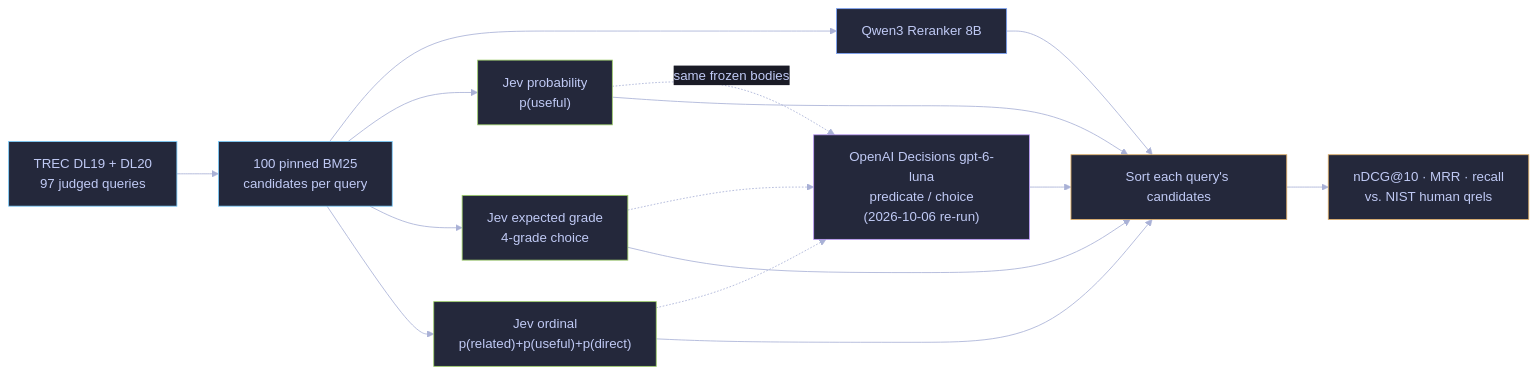
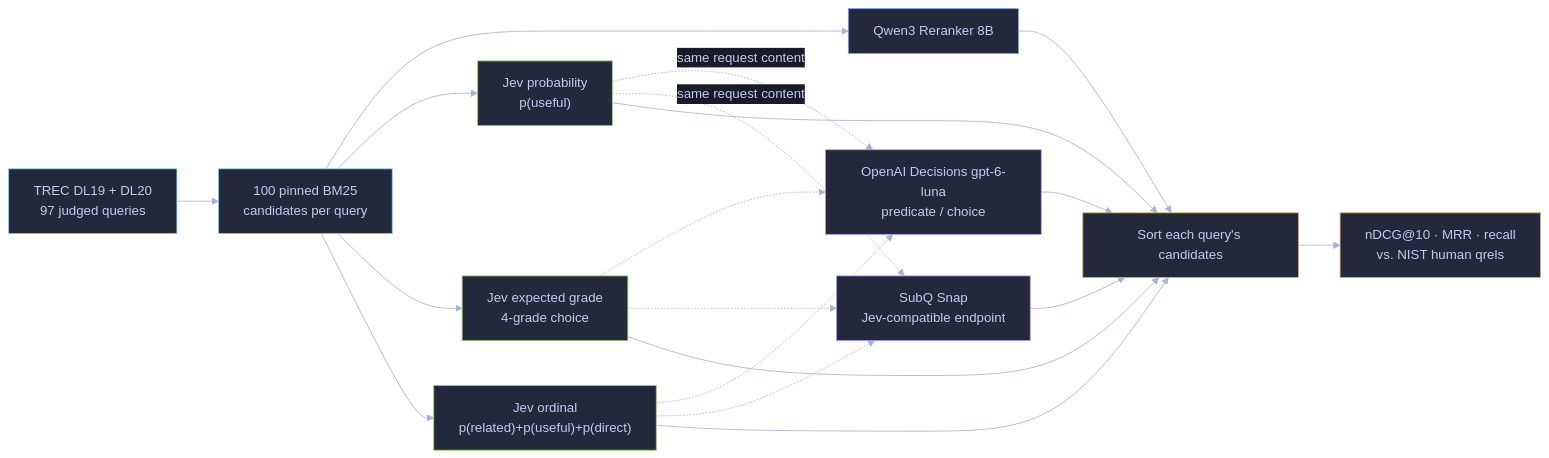
One commit to dorkitude/decision-model-testing changed the first of 2 diagrams in experiments/jev-vs-rerankers/README.md. Above: the diagram before and after it, drawn with Mermaid. The commit also changed other lines of this file and 57 other files, not shown here.

````diff
--- a/experiments/jev-vs-rerankers/README.md
+++ b/experiments/jev-vs-rerankers/README.md
@@ -17,28 +17,32 @@
 ```mermaid
 %%{init: {"theme": "base", "themeVariables": {"background": "#1a1b26", "primaryColor": "#24283b", "primaryTextColor": "#c0caf5", "textColor": "#c0caf5", "primaryBorderColor": "#7aa2f7", "lineColor": "#a9b1d6", "edgeLabelBackground": "#1a1b26"}}}%%
 flowchart LR
     T["TREC DL19 + DL20<br/>97 judged queries"] --> C["100 pinned BM25<br/>candidates per query"]
     C --> Q["Qwen3 Reranker 8B"]
     C --> J1["Jev probability<br/>p(useful)"]
     C --> J2["Jev expected grade<br/>4-grade choice"]
     C --> J3["Jev ordinal<br/>p(related)+p(useful)+p(direct)"]
-    J1 -. "same frozen bodies" .-> D["OpenAI Decisions gpt-6-luna<br/>predicate / choice<br/>(2026-10-06 re-run)"]
+    J1 -. "same request content" .-> D["OpenAI Decisions gpt-6-luna<br/>predicate / choice"]
     J2 -.-> D
     J3 -.-> D
+    J1 -. "same request content" .-> S["SubQ Snap<br/>Jev-compatible endpoint"]
+    J2 -.-> S
+    J3 -.-> S
     Q --> R["Sort each query's candidates"]
     J1 --> R
     J2 --> R
     J3 --> R
     D --> R
+    S --> R
     R --> E["nDCG@10 · MRR · recall<br/>vs. NIST human qrels"]
     classDef shared fill:#24283b,stroke:#7dcfff,color:#c0caf5;
     classDef baseline fill:#24283b,stroke:#7aa2f7,color:#c0caf5;
     classDef jev fill:#24283b,stroke:#9ece6a,color:#c0caf5;
     classDef decisions fill:#24283b,stroke:#bb9af7,color:#c0caf5;
     classDef score fill:#24283b,stroke:#e0af68,color:#c0caf5;
     class T,C shared;
     class Q baseline;
     class J1,J2,J3 jev;
-    class D decisions;
+    class D,S decisions;
     class R,E score;
 ```
````
